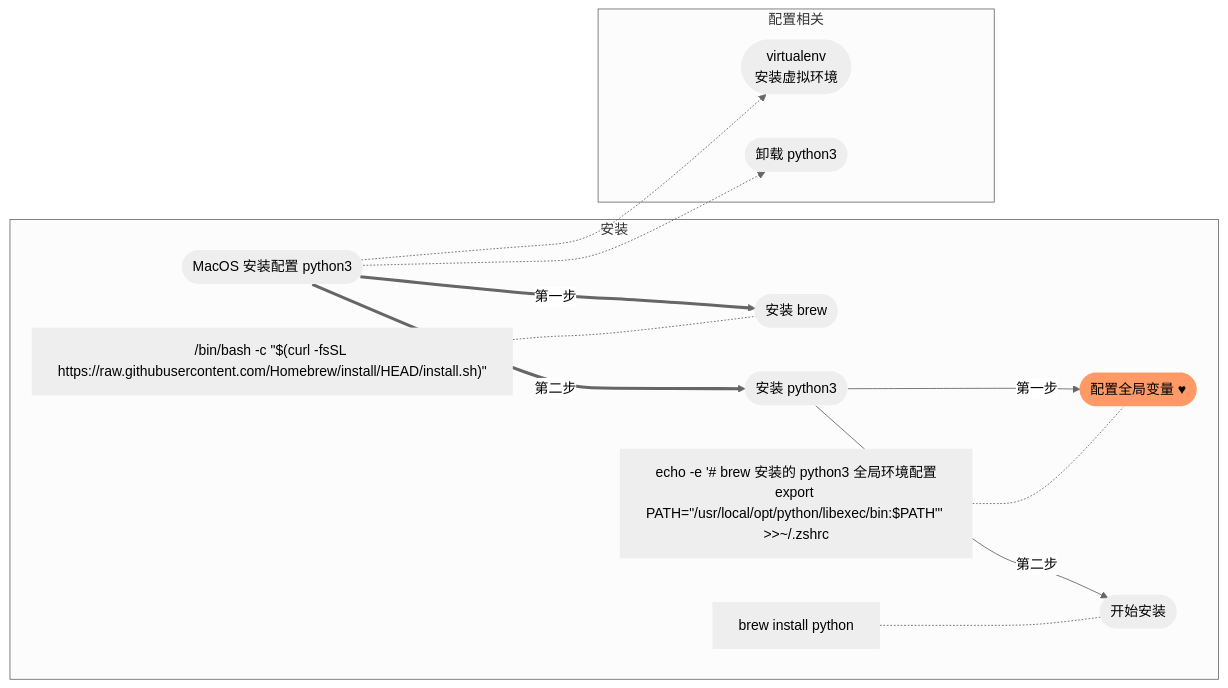
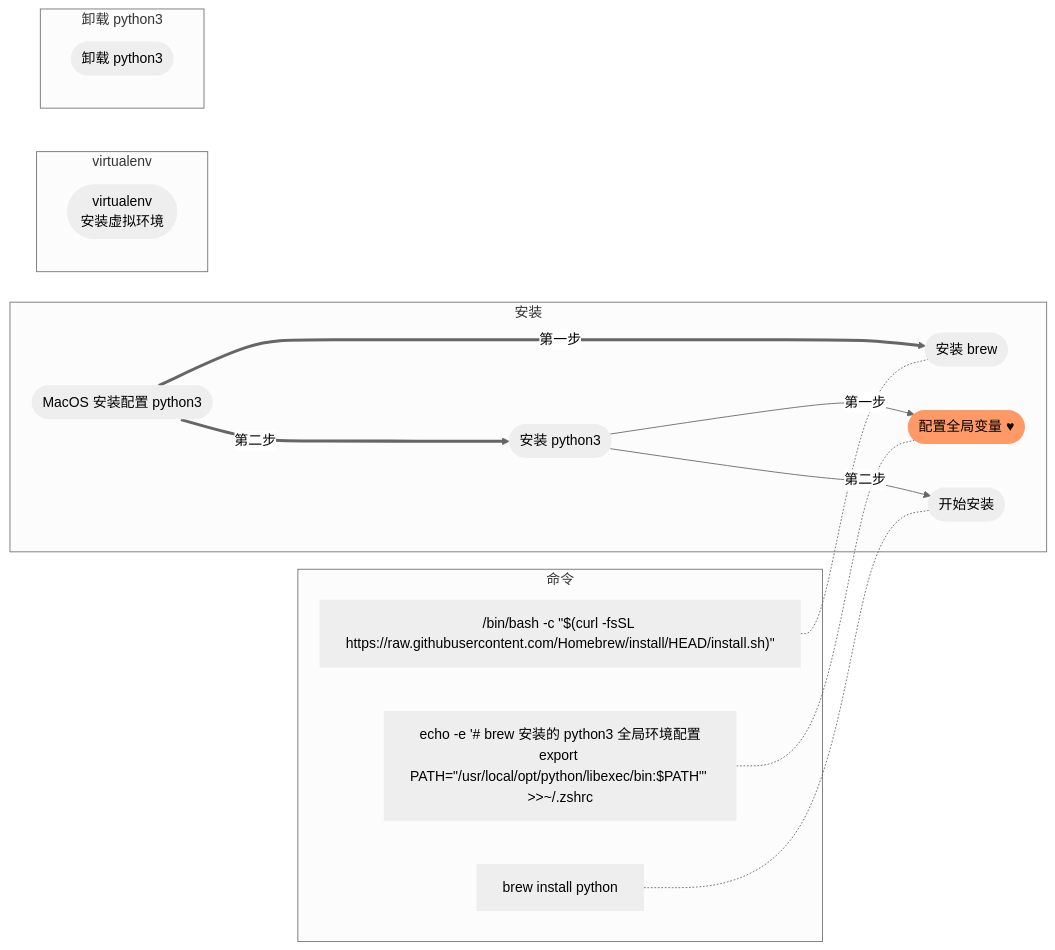
One commit to yangtudou/yangtudou changed the diagram in MacOS安装配置python3.md. Above: the diagram before and after it, drawn with Mermaid (neutral theme).

````diff
--- a/MacOS安装配置python3.md
+++ b/MacOS安装配置python3.md
@@ -11,25 +11,28 @@
 ```mermaid
 flowchart LR
     %% 定义全局的样式
     classDef default stroke-width:0px;
     classDef important fill:#f96;
     %% 结束
-    
     A([MacOS 安装配置 python3])
     subgraph 安装
     A == 第一步 ==> B([安装 brew])
     A == 第二步 ==> C([安装 python3])
     C -- 第一步 -->C1(["配置全局变量 #9829;"]):::important
     C -- 第二步 -->C2([开始安装])
+    end
+    subgraph 命令
     B1["/bin/bash -c #quot;$(curl -fsSL https://raw.githubusercontent.com/Homebrew/install/HEAD/install.sh)#quot;"]
     D1["echo -e #apos;#35; brew 安装的 python3 全局环境配置\nexport PATH=#quot;/usr/local/opt/python/libexec/bin:$PATH#quot;#apos; >>~/.zshrc"]
     D2[brew install python]
     B1 -.- B
     D1 -.- C1
     D2 -.- C2
     end
-    subgraph 配置相关
-    A -.-> D([" virtualenv\n安装虚拟环境"])
-    A -.-> E([卸载 python3])
+    subgraph virtualenv
+    D(["virtualenv\n安装虚拟环境"])
+    end
+    subgraph 卸载 python3
+    E([卸载 python3])
     end
 ```
````
